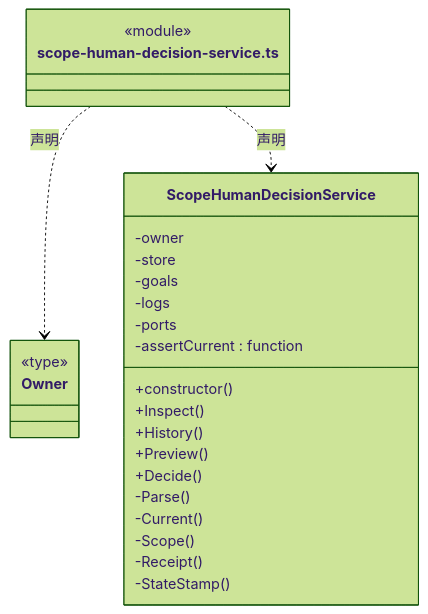
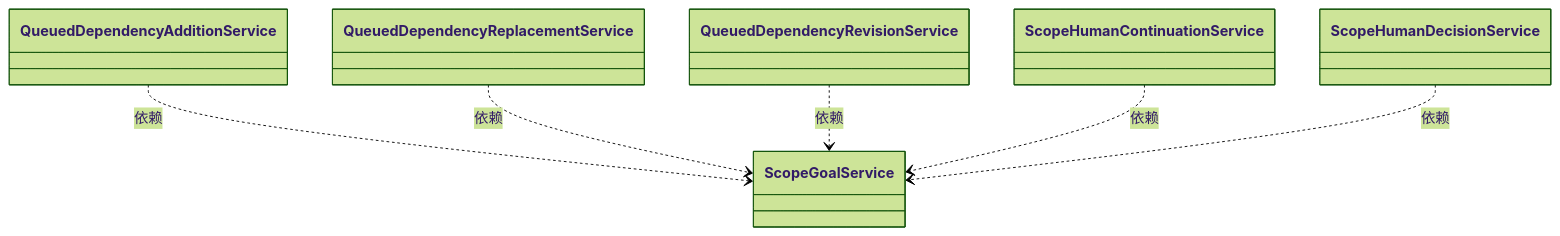
The first of 3 diagrams in src/logic/tasks/runtime/ARCHITECTURE.md (nan023062/cbim), drawn with Mermaid (forest theme) before and after one commit. The commit also changed other lines of this file and 158 other files, not shown here.

Commit message:
docs: model architecture through nested virtual encapsulations

````diff
--- a/src/logic/tasks/runtime/ARCHITECTURE.md
+++ b/src/logic/tasks/runtime/ARCHITECTURE.md
@@ -479,30 +33,20 @@
 ```mermaid
 classDiagram
-class N_src_logic_tasks_runtime_scope_human_decision_service_ts["scope-human-decision-service.ts"] {
-  <<module>>
-}
-class N_src_logic_tasks_runtime_scope_human_decision_service_ts_Owner["Owner"] {
-  <<type>>
-
-}
-N_src_logic_tasks_runtime_scope_human_decision_service_ts ..> N_src_logic_tasks_runtime_scope_human_decision_service_ts_Owner : 声明
-class N_src_logic_tasks_runtime_scope_human_decision_service_ts_ScopeHumanDecisionService["ScopeHumanDecisionService"] {
-  +constructor()
-  +Inspect()
-  +History()
-  +Preview()
-  +Decide()
-  -owner
-  -store
-  -goals
-  -logs
-  -ports
-  -assertCurrent : function
-  -Parse()
-  -Current()
-  -Scope()
-  -Receipt()
-  -StateStamp()
-}
-N_src_logic_tasks_runtime_scope_human_decision_service_ts ..> N_src_logic_tasks_runtime_scope_human_decision_service_ts_ScopeHumanDecisionService : 声明
+class N_3271aab2d78e["ScopeGoalService"]
+click N_3271aab2d78e href "scope-goal-service.ts"
+class N_1d647574793d["QueuedDependencyAdditionService"]
+click N_1d647574793d href "queued-dependency-addition-service.ts"
+class N_394343e66b2b["QueuedDependencyReplacementService"]
+click N_394343e66b2b href "queued-dependency-replacement-service.ts"
+class N_2f071b62e668["QueuedDependencyRevisionService"]
+click N_2f071b62e668 href "queued-dependency-revision-service.ts"
+class N_aa147cb23938["ScopeHumanContinuationService"]
+click N_aa147cb23938 href "scope-human-continuation-service.ts"
+class N_df9c4bb6fea7["ScopeHumanDecisionService"]
+click N_df9c4bb6fea7 href "scope-human-decision-service.ts"
+N_1d647574793d ..> N_3271aab2d78e : 依赖
+N_394343e66b2b ..> N_3271aab2d78e : 依赖
+N_2f071b62e668 ..> N_3271aab2d78e : 依赖
+N_aa147cb23938 ..> N_3271aab2d78e : 依赖
+N_df9c4bb6fea7 ..> N_3271aab2d78e : 依赖
 ```
````
